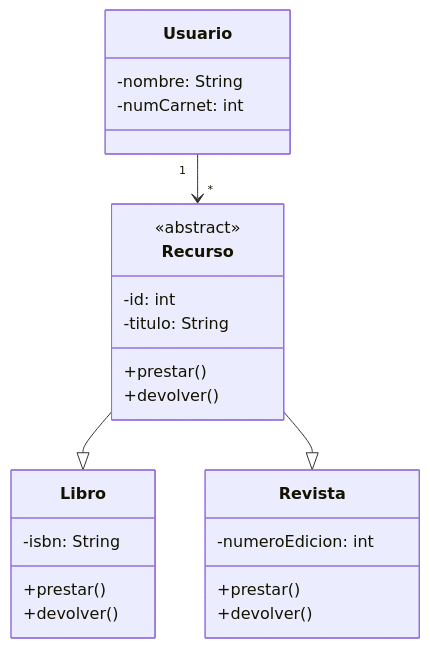
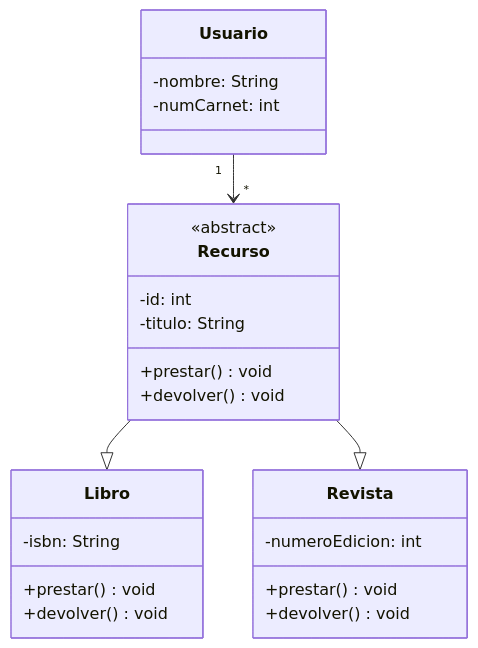
The sixth of 6 diagrams in README.md (antondm11/6.2.BateriaDeEjercicios), drawn with Mermaid before and after one commit.

````diff
--- a/README.md
+++ b/README.md
@@ -99,34 +99,34 @@
 ```mermaid
 classDiagram
 direction TB
     class Libro {
 	    -isbn: String
-	    +prestar()
-	    +devolver()
+	    +prestar() void
+	    +devolver() void
     }
 
     class Revista {
 	    -numeroEdicion: int
-	    +prestar()
-	    +devolver()
+	    +prestar() void
+	    +devolver() void
     }
 
     class Usuario {
 	    -nombre: String
 	    -numCarnet: int
     }
 
     class Recurso {
 	    -id: int
 	    -titulo: String
-	    +prestar()
-	    +devolver()
+	    +prestar() void
+	    +devolver() void
     }
 
 	<<abstract>> Recurso
 
     Recurso --|> Libro
     Recurso --|> Revista
     Usuario "1" --> "*" Recurso
 
 ```
````
